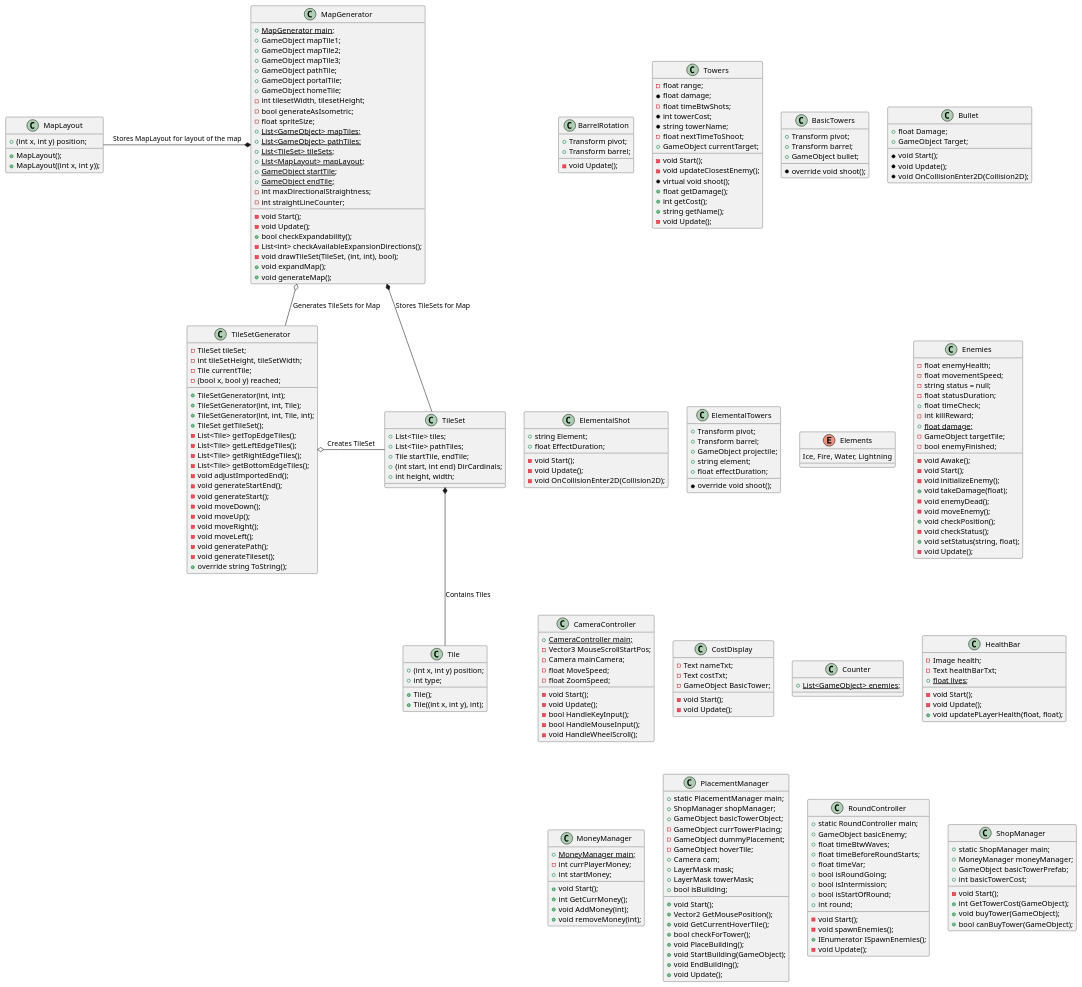
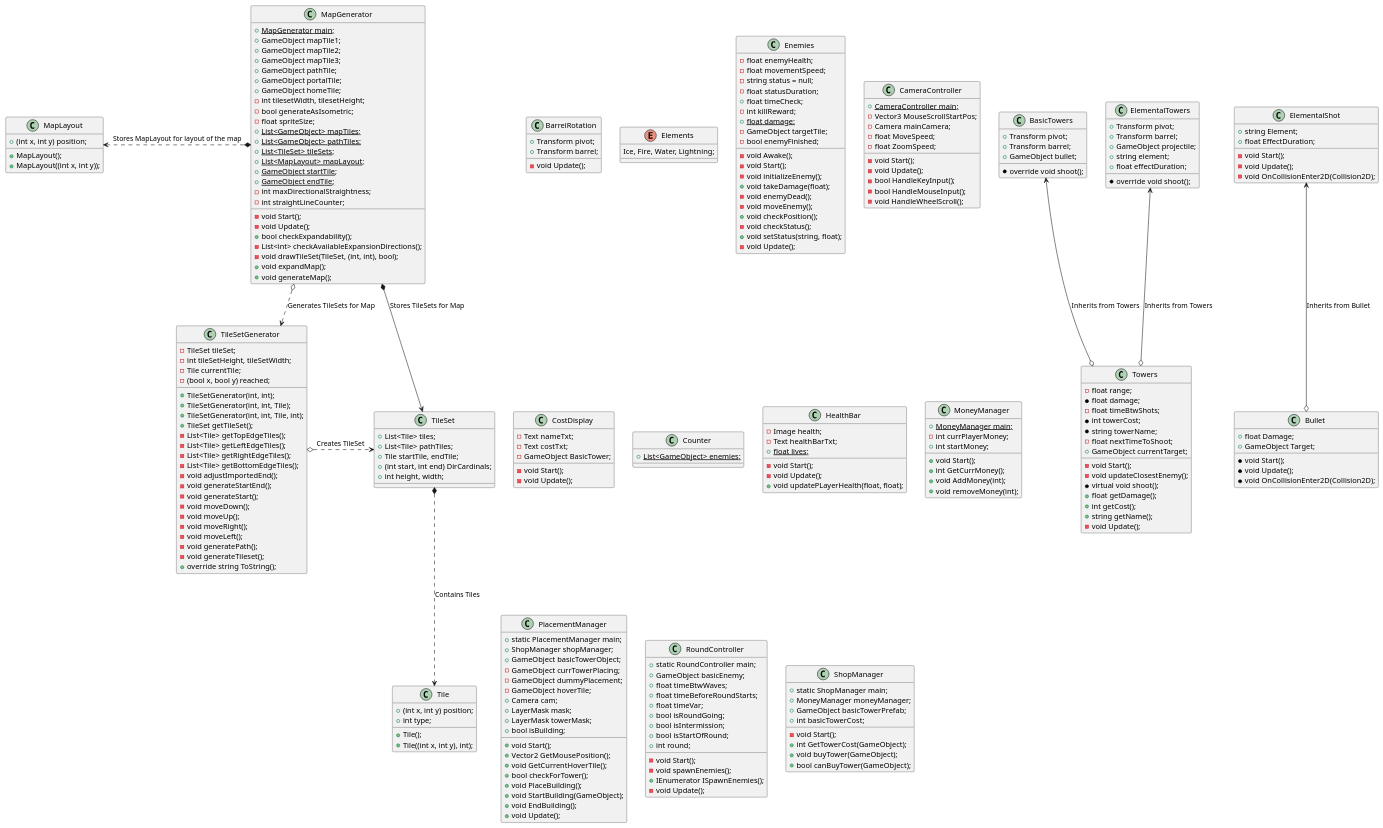
One commit to fsu-fall2022-capstone/Project-Group-4 changed the diagram in Docs/Diagrams/PlantUML/ClassDiagram.wsd. Above: the diagram before and after it, drawn with PlantUML.

Commit message:
trying to figure out the relationships

```diff
--- a/Docs/Diagrams/PlantUML/ClassDiagram.wsd
+++ b/Docs/Diagrams/PlantUML/ClassDiagram.wsd
@@ -73,11 +73,11 @@
         + void generateMap();
     }
 
-    MapLayout -* MapGenerator: Stores MapLayout for layout of the map
-    MapGenerator o-- TileSetGenerator: Generates TileSets for Map
-    TileSetGenerator o- TileSet: Creates TileSet
-    TileSet *-- Tile: Contains Tiles
-    MapGenerator *-- TileSet: Stores TileSets for Map
+    MapLayout <.* MapGenerator: Stores MapLayout for layout of the map
+    MapGenerator o..> TileSetGenerator: Generates TileSets for Map
+    TileSetGenerator o.> TileSet: Creates TileSet
+    TileSet *..> Tile: Contains Tiles
+    MapGenerator *--> TileSet: Stores TileSets for Map
 
     class BarrelRotation {
         + Transform pivot;
@@ -134,10 +134,14 @@
         * override void shoot();
     }
 
+    ElementalTowers <--o Towers: Inherits from Towers
+    BasicTowers <--o Towers: Inherits from Towers
+    ElementalShot <--o Bullet: Inherits from Bullet
+    
+
     enum Elements {
-        Ice, Fire, Water, Lightning
+        Ice, Fire, Water, Lightning;
     }
-
 
     class Enemies {
         - float enemyHealth;
```
